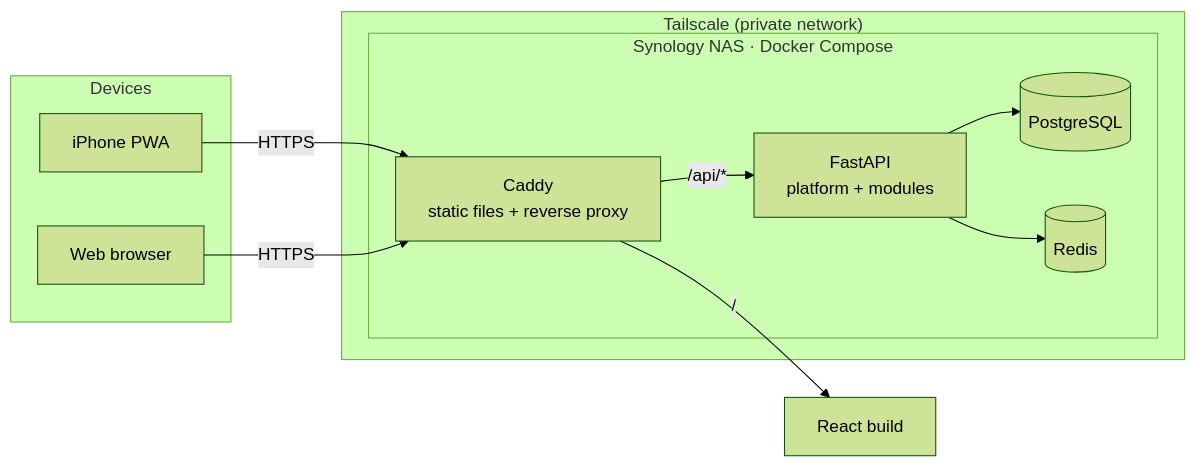
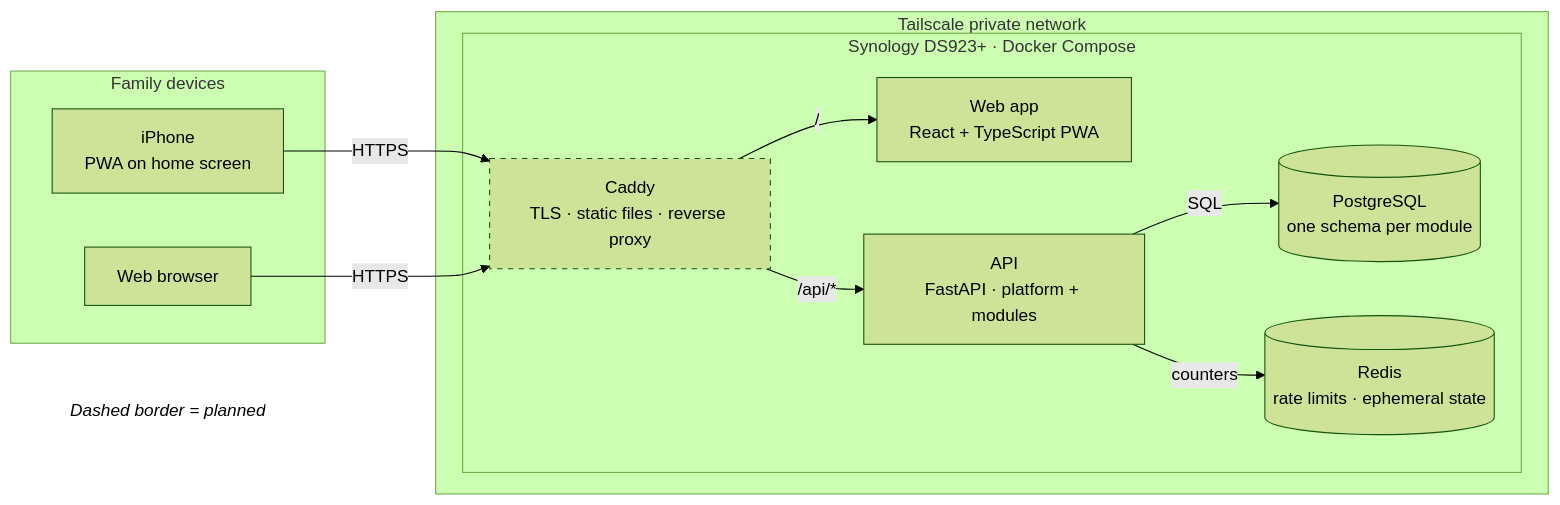
The second of 3 diagrams in docs/architecture.md (YenChengLai/family-hub), drawn with Mermaid (forest theme) before and after one commit. The commit also changed other lines of this file and 21 other files, not shown here.

First line of the commit message:
docs: architecture diagrams as code, with sync, checks, and a skill

````diff
--- a/docs/architecture.md
+++ b/docs/architecture.md
@@ -13,21 +52,30 @@
 ```mermaid
+%% C4 level 2: the running pieces in production. Dashed = planned.
 flowchart LR
-    subgraph Devices
-        iPhone[iPhone PWA]
-        Browser[Web browser]
+  subgraph devices["Family devices"]
+    phone["iPhone<br/>PWA on home screen"]
+    browser["Web browser"]
+  end
+
+  subgraph tailnet["Tailscale private network"]
+    subgraph nas["Synology DS923+ · Docker Compose"]
+      caddy["Caddy<br/>TLS · static files · reverse proxy"]:::planned
+      web["Web app<br/>React + TypeScript PWA"]
+      api["API<br/>FastAPI · platform + modules"]
+      postgres[("PostgreSQL<br/>one schema per module")]
+      redis[("Redis<br/>rate limits · ephemeral state")]
     end
-    subgraph Tailnet["Tailscale (private network)"]
-        subgraph NAS["Synology NAS · Docker Compose"]
-            Caddy[Caddy<br/>static files + reverse proxy]
-            API[FastAPI<br/>platform + modules]
-            PG[(PostgreSQL)]
-            Redis[(Redis)]
-        end
-    end
-    iPhone -- HTTPS --> Caddy
-    Browser -- HTTPS --> Caddy
-    Caddy -- "/" --> Static[React build]
-    Caddy -- "/api/*" --> API
-    API --> PG
-    API --> Redis
+  end
+
+  phone -- "HTTPS" --> caddy
+  browser -- "HTTPS" --> caddy
+  caddy -- "/" --> web
+  caddy -- "/api/*" --> api
+  api -- "SQL" --> postgres
+  api -- "counters" --> redis
+
+  legend["Dashed border = planned"]:::legend
+
+  classDef planned stroke-dasharray: 5 5
+  classDef legend fill:none,stroke:none,font-style:italic
 ```
````
